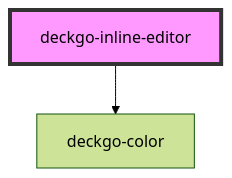
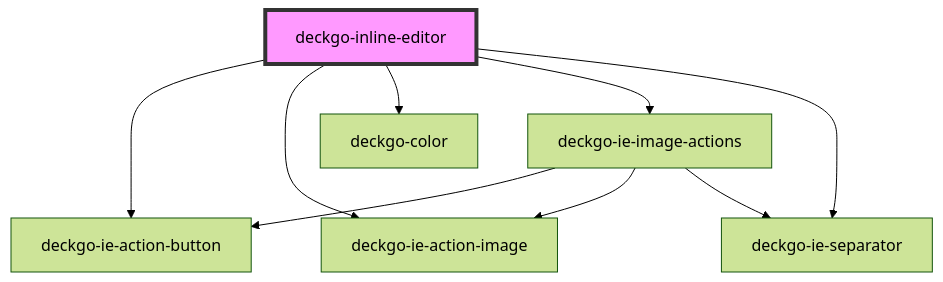
One commit to deckgo/deckdeckgo changed the diagram in webcomponents/inline-editor/src/components/inline-editor/readme.md. Above: the diagram before and after it, drawn with Mermaid (forest theme). The commit also changed other lines of this file and 15 other files, not shown here.

Commit message:
refactor: split inline editor in multiple components

````diff
--- a/webcomponents/inline-editor/src/components/inline-editor/readme.md
+++ b/webcomponents/inline-editor/src/components/inline-editor/readme.md
@@ -56,5 +51,12 @@
 ```mermaid
 graph TD;
+  deckgo-inline-editor --> deckgo-ie-action-button
+  deckgo-inline-editor --> deckgo-ie-action-image
   deckgo-inline-editor --> deckgo-color
+  deckgo-inline-editor --> deckgo-ie-image-actions
+  deckgo-inline-editor --> deckgo-ie-separator
+  deckgo-ie-image-actions --> deckgo-ie-action-button
+  deckgo-ie-image-actions --> deckgo-ie-action-image
+  deckgo-ie-image-actions --> deckgo-ie-separator
   style deckgo-inline-editor fill:#f9f,stroke:#333,stroke-width:4px
 ```
````
